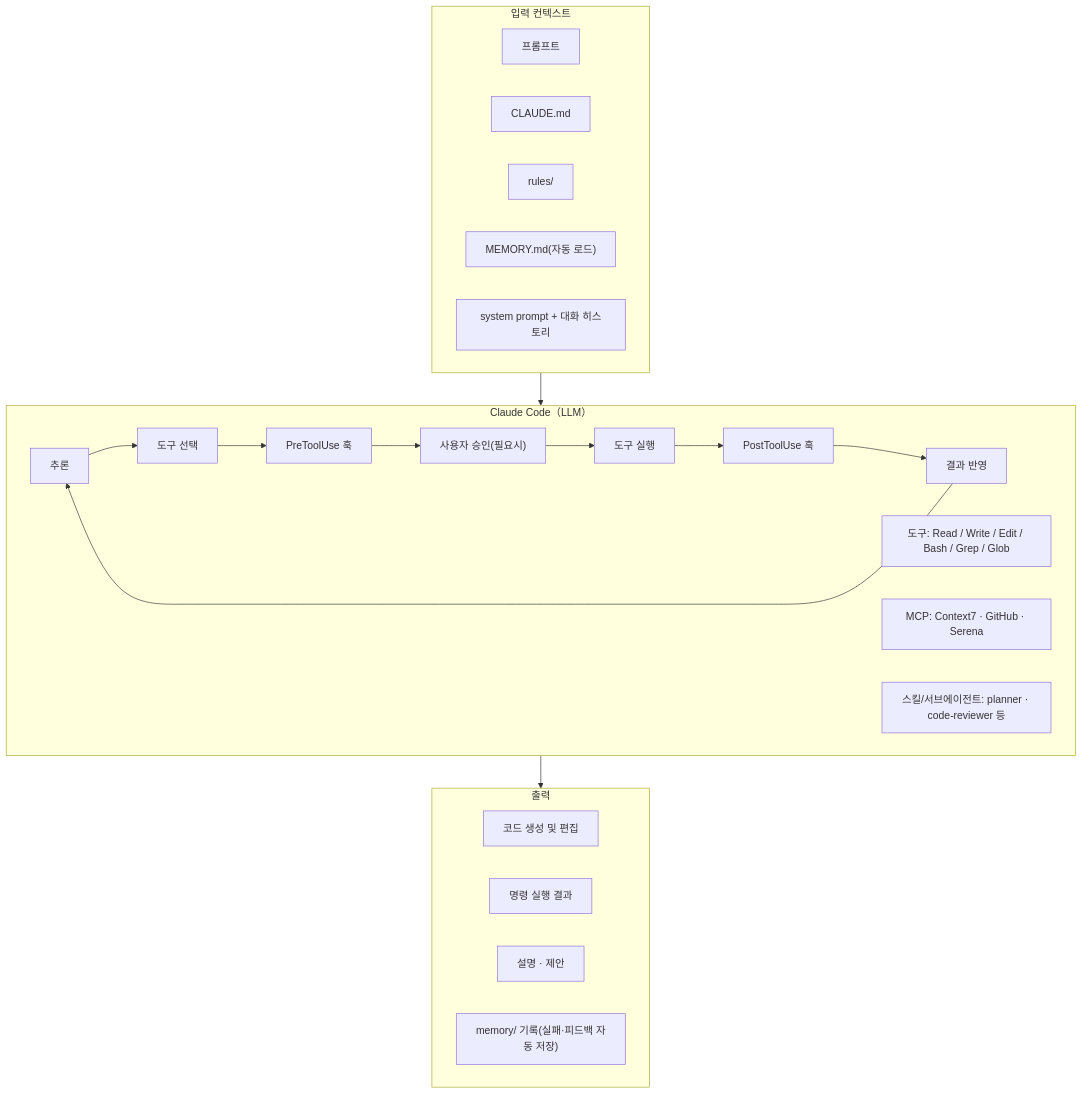
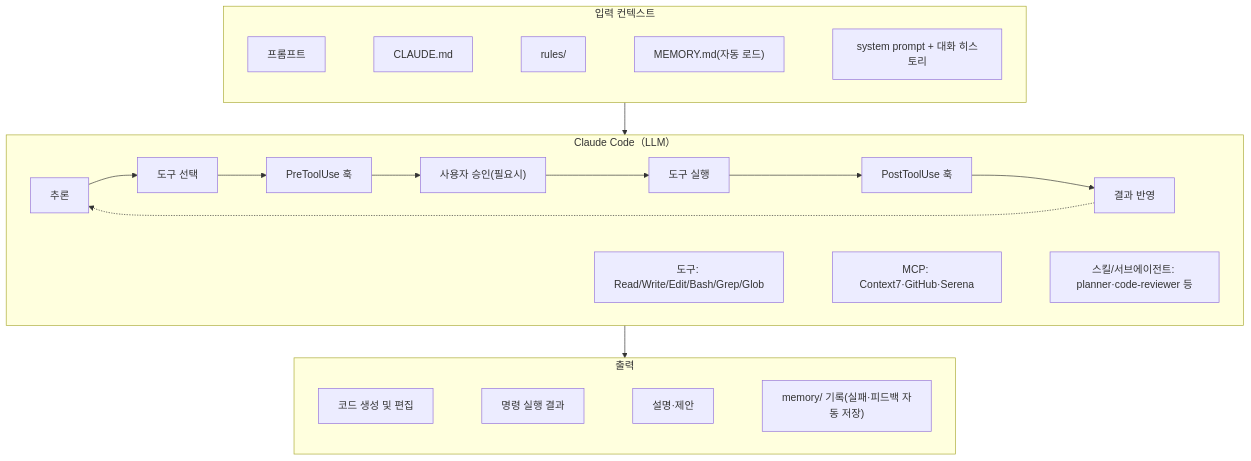
The diagram in content/blog/claude-code-review/index.mdx (mimul/mimul.com), drawn with Mermaid before and after one commit. The commit also changed 1 other file, not shown here.

Commit message:
클로드 코드 리뷰 수정

````diff
--- a/content/blog/claude-code-review/index.mdx
+++ b/content/blog/claude-code-review/index.mdx
@@ -51,36 +51,22 @@
 ```mermaid
 flowchart TD
-      subgraph INPUT["입력 컨텍스트"]
-          direction LR
-          A1["프롬프트"]
-          A2["CLAUDE.md"]
-          A3["rules/"]
-          A4["MEMORY.md(자동 로드)"]
-          A5["system prompt + 대화 히스토리"]
-      end
+    subgraph INPUT["입력 컨텍스트"]
+        direction LR
+        A1["프롬프트"] ~~~ A2["CLAUDE.md"] ~~~ A3["rules/"] ~~~ A4["MEMORY.md(자동 로드)"] ~~~ A5["system prompt + 대화 히스토리"]
+    end
 
-      subgraph LLM["Claude Code（LLM）"]
-          B1["추론"] --> B2["도구 선택"]
-          B2 --> B3["PreToolUse 훅"]
-          B3 --> B4["사용자 승인(필요시)"]
-          B4 --> B5["도구 실행"]
-          B5 --> B6["PostToolUse 훅"]
-          B6 --> B7["결과 반영"]
-          B7 --> B1
+    subgraph LLM["Claude Code（LLM）"]
+        direction LR
+        B1["추론"] --> B2["도구 선택"] --> B3["PreToolUse 훅"] --> B4["사용자 승인(필요시)"] --> B5["도구 실행"] --> B6["PostToolUse 훅"] --> B7["결과 반영"]
+        B7 -.-> B1
+        B8["도구: Read/Write/Edit/Bash/Grep/Glob"] ~~~ B9["MCP: Context7·GitHub·Serena"] ~~~ B10["스킬/서브에이전트: planner·code-reviewer 등"]
+    end
 
-          B8["도구: Read / Write / Edit / Bash / Grep / Glob"]
-          B9["MCP: Context7 · GitHub · Serena"]
-          B10["스킬/서브에이전트: planner · code-reviewer 등"]
-      end
+    subgraph OUTPUT["출력"]
+        direction LR
+        C1["코드 생성 및 편집"] ~~~ C2["명령 실행 결과"] ~~~ C3["설명·제안"] ~~~ C4["memory/ 기록(실패·피드백 자동 저장)"]
+    end
 
-      subgraph OUTPUT["출력"]
-          direction LR
-          C1["코드 생성 및 편집"]
-          C2["명령 실행 결과"]
-          C3["설명 · 제안"]
-          C4["memory/ 기록(실패·피드백 자동 저장)"]
-      end
-
-      INPUT --> LLM
-      LLM --> OUTPUT
+    INPUT --> LLM
+    LLM --> OUTPUT
 ```
````
